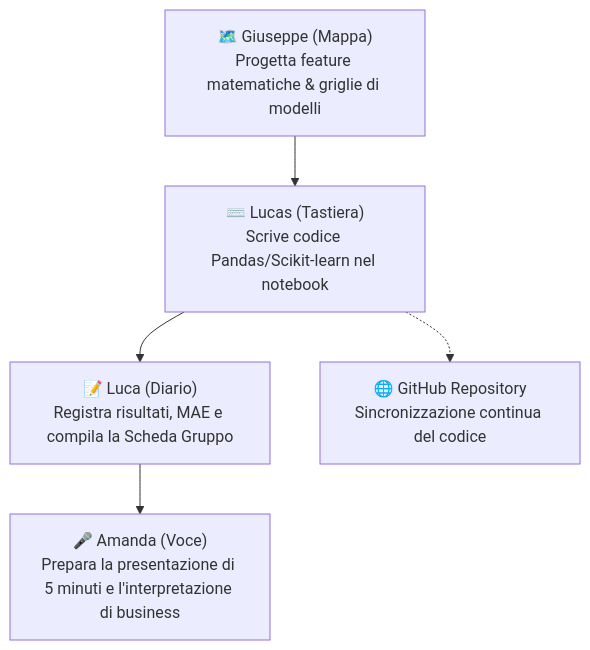
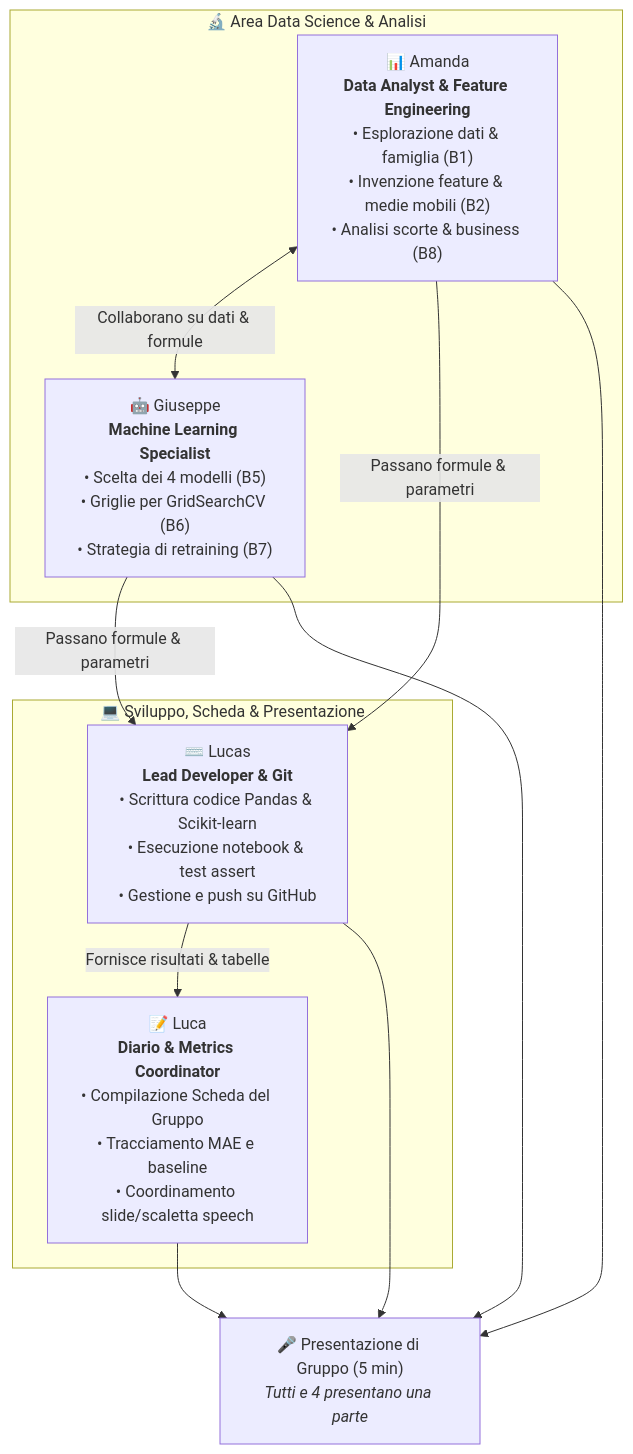
Before and after one commit to lucasandersoncorreia-dotcom/progetto-machine-learning: the diagram in PIANO_DI_LAVORO.md, drawn with Mermaid. The commit also changed other lines of this file, not shown here.

Commit message:
Update PIANO_DI_LAVORO.md: collaborative roles for Amanda, Giuseppe, Luca, Lucas and 4-way presentation

````diff
--- a/PIANO_DI_LAVORO.md
+++ b/PIANO_DI_LAVORO.md
@@ -22,7 +11,17 @@
 ```mermaid
 flowchart TD
-    G["🗺️ Giuseppe (Mappa)<br/>Progetta feature matematiche & griglie di modelli"] --> L["⌨️ Lucas (Tastiera)<br/>Scrive codice Pandas/Scikit-learn nel notebook"]
-    L --> K["📝 Luca (Diario)<br/>Registra risultati, MAE e compila la Scheda Gruppo"]
-    K --> A["🎤 Amanda (Voce)<br/>Prepara la presentazione di 5 minuti e l'interpretazione di business"]
-    L -.-> GH["🌐 GitHub Repository<br/>Sincronizzazione continua del codice"]
+    subgraph Dati & Modelli ["🔬 Area Data Science & Analisi"]
+        A["📊 Amanda<br/><b>Data Analyst & Feature Engineering</b><br/>• Esplorazione dati & famiglia (B1)<br/>• Invenzione feature & medie mobili (B2)<br/>• Analisi scorte & business (B8)"]
+        G["🤖 Giuseppe<br/><b>Machine Learning Specialist</b><br/>• Scelta dei 4 modelli (B5)<br/>• Griglie per GridSearchCV (B6)<br/>• Strategia di retraining (B7)"]
+    end
+
+    subgraph Sviluppo & Documentazione ["💻 Sviluppo, Scheda & Presentazione"]
+        L["⌨️ Lucas<br/><b>Lead Developer & Git</b><br/>• Scrittura codice Pandas & Scikit-learn<br/>• Esecuzione notebook & test assert<br/>• Gestione e push su GitHub"]
+        K["📝 Luca<br/><b>Diario & Metrics Coordinator</b><br/>• Compilazione Scheda del Gruppo<br/>• Tracciamento MAE e baseline<br/>• Coordinamento slide/scaletta speech"]
+    end
+
+    A <-->|Collaborano su dati & formule| G
+    A & G -->|Passano formule & parametri| L
+    L -->|Fornisce risultati & tabelle| K
+    L & A & G & K --> Pres["🎤 Presentazione di Gruppo (5 min)<br/><i>Tutti e 4 presentano una parte</i>"]
 ```
````
